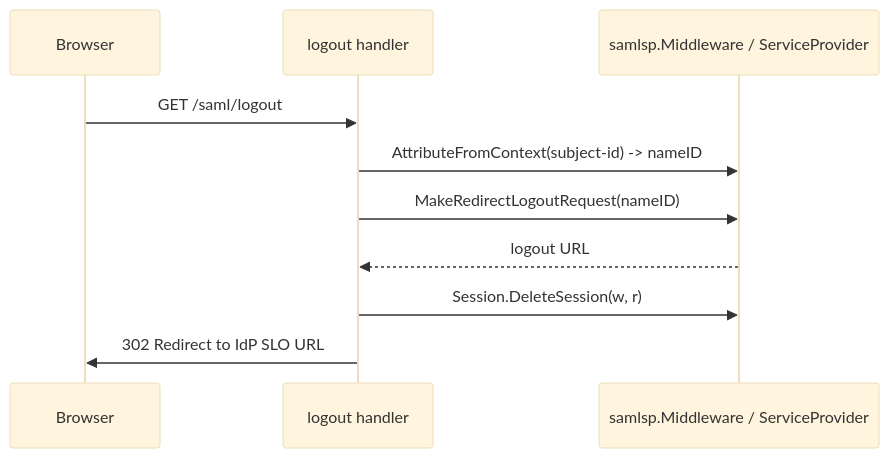
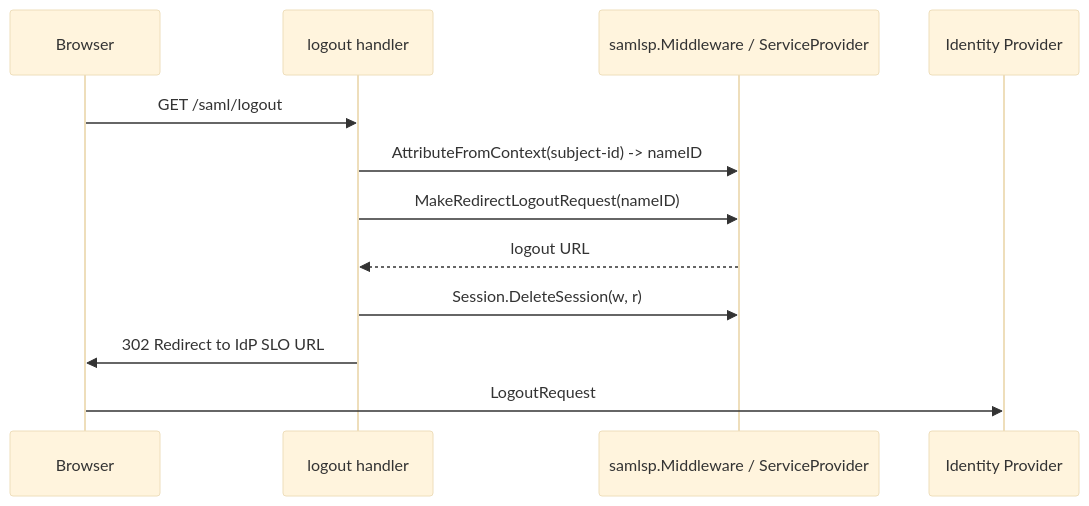
Before and after one commit to panyam/oneauth: the third of 3 diagrams in saml/diagrams.md, drawn with Mermaid (base theme). The commit also changed other lines of this file and 43 other files, not shown here.

````diff
--- a/saml/diagrams.md
+++ b/saml/diagrams.md
@@ -39,13 +68,15 @@
 ```mermaid
 sequenceDiagram
     participant U as Browser
     participant SP as logout handler
     participant MW as samlsp.Middleware / ServiceProvider
+    participant IdP as Identity Provider
 
     U->>SP: GET /saml/logout
     SP->>MW: AttributeFromContext(subject-id) -> nameID
     SP->>MW: MakeRedirectLogoutRequest(nameID)
     MW-->>SP: logout URL
     SP->>MW: Session.DeleteSession(w, r)
     SP->>U: 302 Redirect to IdP SLO URL
+    U->>IdP: LogoutRequest
 ```
````
